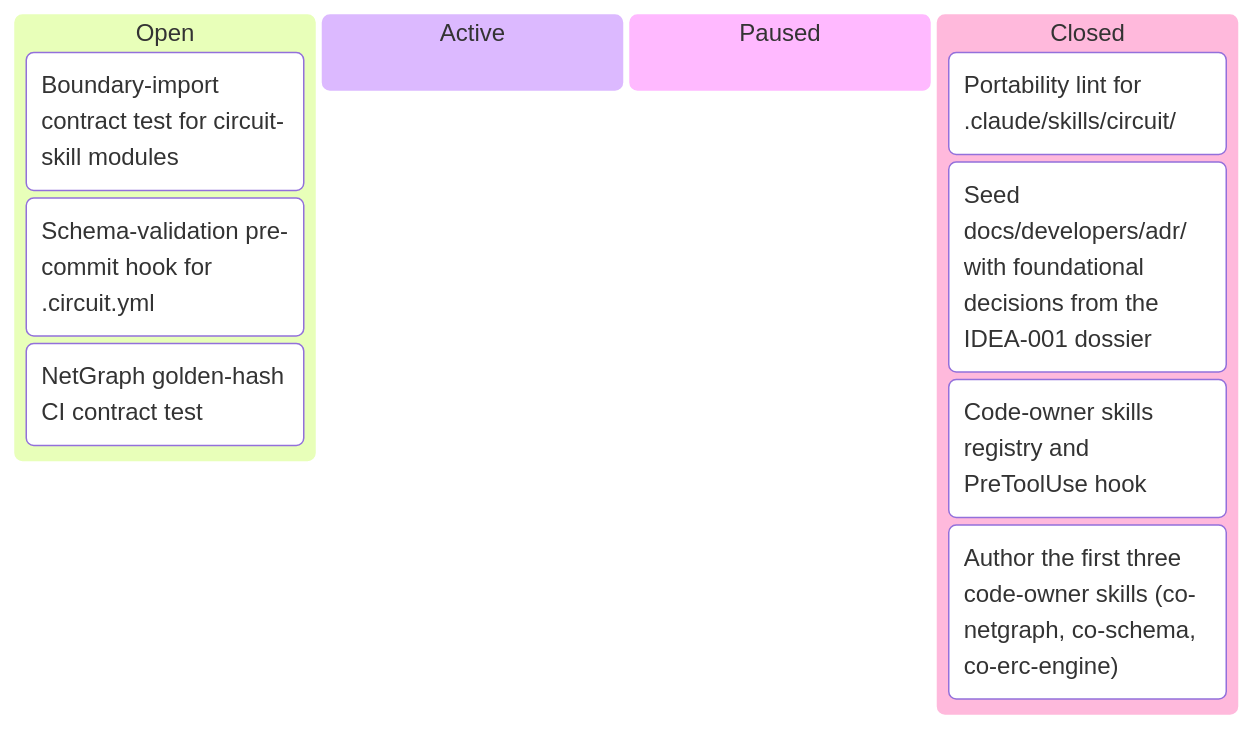
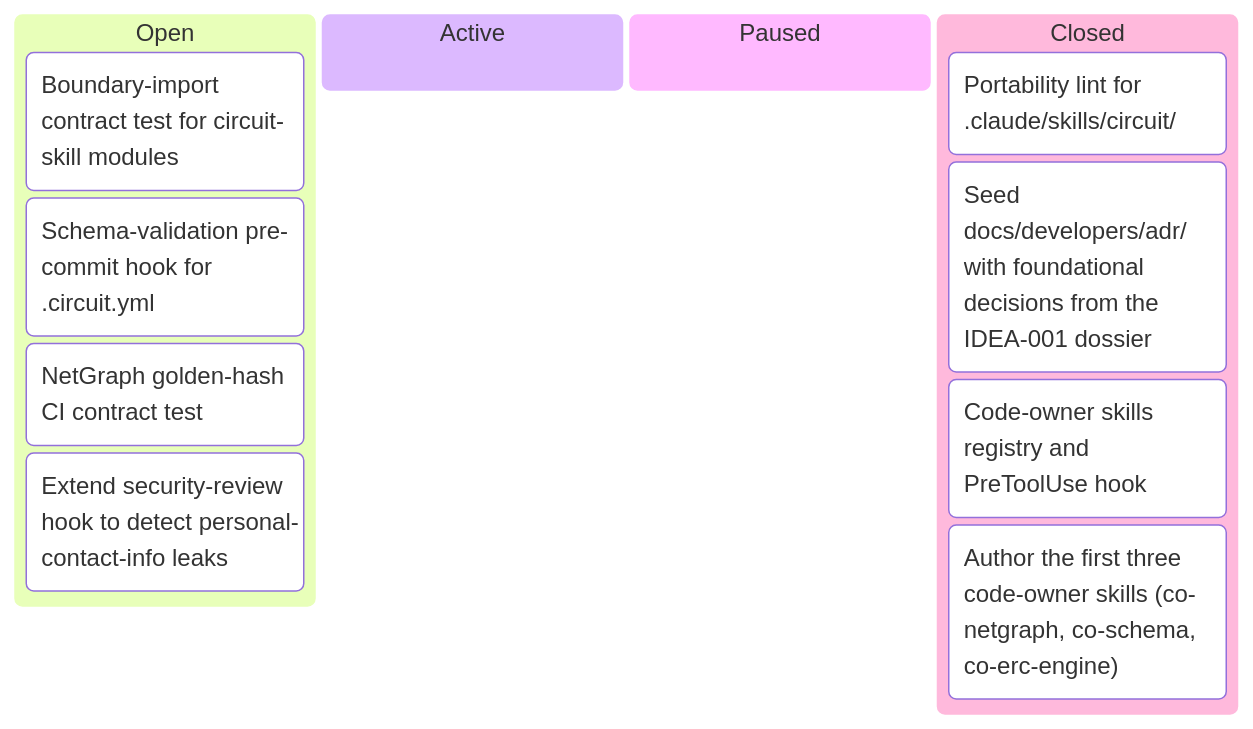
The first of 7 diagrams in docs/developers/tasks/KANBAN.md (tgd1975/CircuitSmith), drawn with Mermaid before and after one commit. The commit also changed other lines of this file and 42 other files, not shown here.

````diff
--- a/docs/developers/tasks/KANBAN.md
+++ b/docs/developers/tasks/KANBAN.md
@@ -11,14 +11,15 @@
 ```mermaid
 kanban
   Open
     TASK_050["Boundary-import contract test for circuit-skill modules"]
     TASK_052["Schema-validation pre-commit hook for .circuit.yml"]
     TASK_053["NetGraph golden-hash CI contract test"]
+    TASK_074["Extend security-review hook to detect personal-contact-info leaks"]
   Active
   Paused
   Closed
     TASK_051["Portability lint for .claude/skills/circuit/"]
     TASK_054["Seed docs/developers/adr/ with foundational decisions from the IDEA-001 dossier"]
     TASK_055["Code-owner skills registry and PreToolUse hook"]
     TASK_056["Author the first three code-owner skills (co-netgraph, co-schema, co-erc-engine)"]
 ```
````
